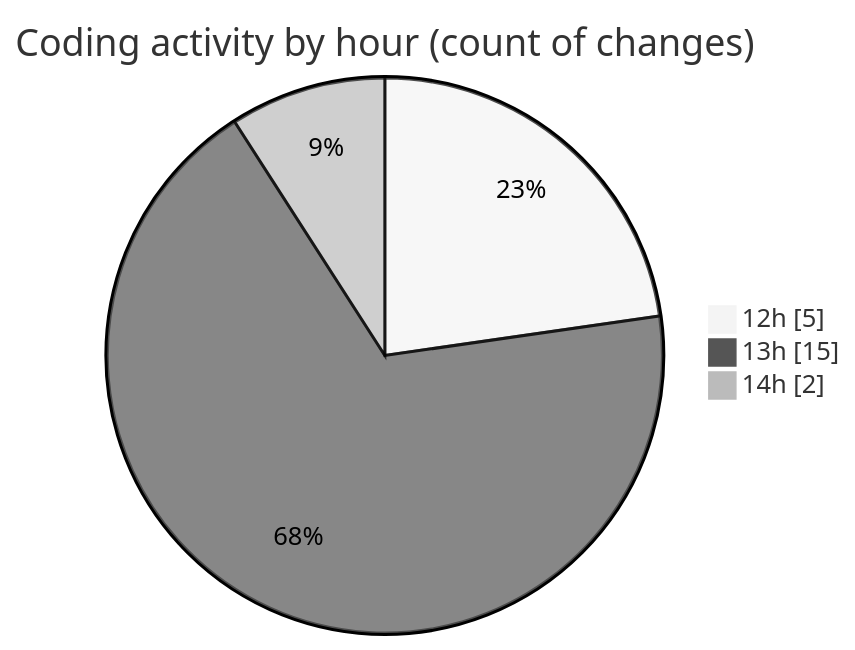
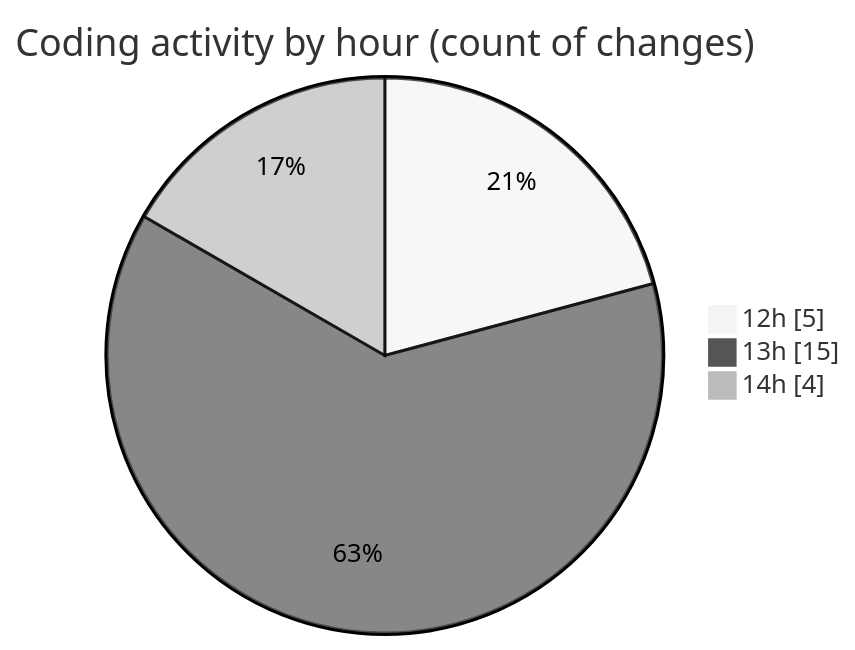
One commit to ricardozamudiocil/code-tracking changed the second of 2 diagrams in 2026-05-22/cilapp/README.md. Above: the diagram before and after it, drawn with Mermaid (neutral theme). The commit also changed other lines of this file and 1 other file, not shown here.

````diff
--- a/2026-05-22/cilapp/README.md
+++ b/2026-05-22/cilapp/README.md
@@ -29,7 +31,7 @@
 ```mermaid
 pie showData
 title Coding activity by hour (count of changes)
 "12h" : 5
 "13h" : 15
-"14h" : 2
+"14h" : 4
 ```
````
